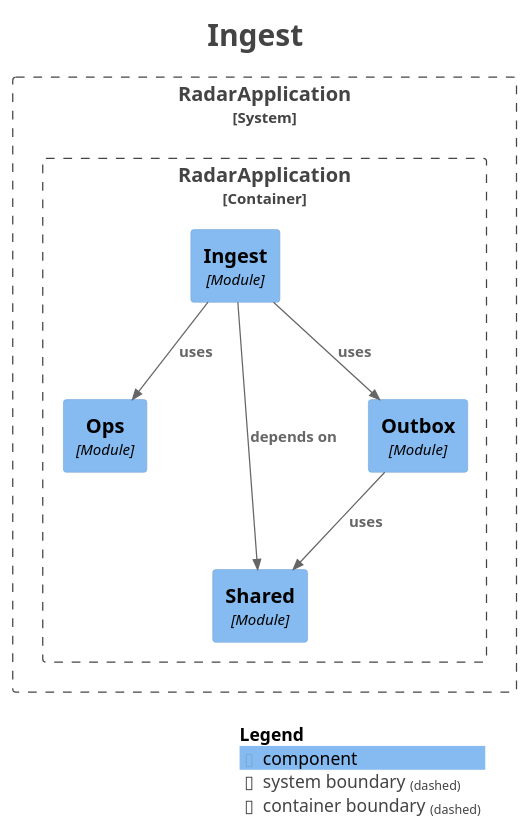
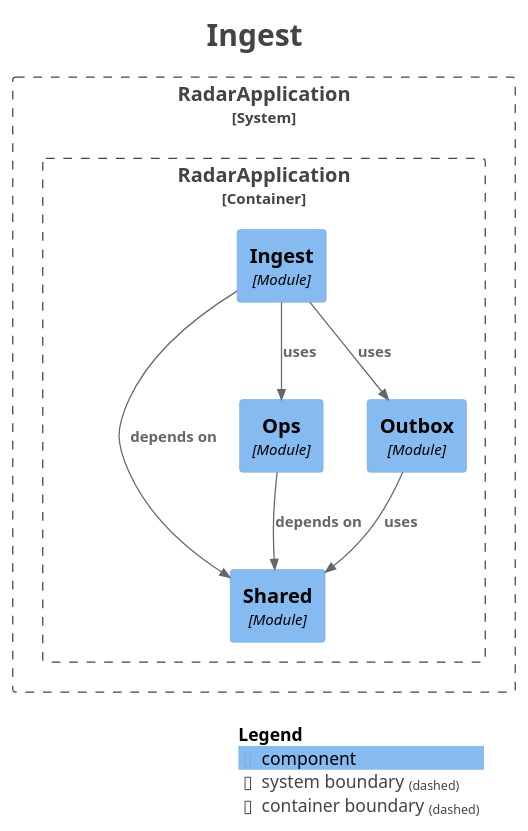
One commit to MiguelSanzBr/radar-licitacoes changed the diagram in docs/modules/module-ingest.puml. Above: the diagram before and after it, drawn with PlantUML. The commit also changed 65 other files, not shown here.

Commit message:
feat(contracts): avro schemas and apicurio

```diff
--- a/docs/modules/module-ingest.puml
+++ b/docs/modules/module-ingest.puml
@@ -1,35 +1,36 @@
 @startuml
 title <size:24>Ingest</size>
 
 set separator none
 top to bottom direction
 
 <style>
   root {
     BackgroundColor: #ffffff
     FontColor: #444444
   }
 </style>
 
 !include <C4/C4>
 !include <C4/C4_Context>
 !include <C4/C4_Component>
 
 System_Boundary("RadarApplication_boundary", "RadarApplication", $tags="") {
   Container_Boundary("RadarApplication.RadarApplication_boundary", "RadarApplication", $tags="") {
     Component(RadarApplication.RadarApplication.Ingest, "Ingest", $techn="Module", $descr="", $tags="", $link="")
+    Component(RadarApplication.RadarApplication.Shared, "Shared", $techn="Module", $descr="", $tags="", $link="")
     Component(RadarApplication.RadarApplication.Ops, "Ops", $techn="Module", $descr="", $tags="", $link="")
-    Component(RadarApplication.RadarApplication.Shared, "Shared", $techn="Module", $descr="", $tags="", $link="")
     Component(RadarApplication.RadarApplication.Outbox, "Outbox", $techn="Module", $descr="", $tags="", $link="")
   }
 
 }
 
-Rel(RadarApplication.RadarApplication.Outbox, RadarApplication.RadarApplication.Shared, "uses", $techn="", $tags="", $link="")
 Rel(RadarApplication.RadarApplication.Ingest, RadarApplication.RadarApplication.Shared, "depends on", $techn="", $tags="", $link="")
 Rel(RadarApplication.RadarApplication.Ingest, RadarApplication.RadarApplication.Ops, "uses", $techn="", $tags="", $link="")
 Rel(RadarApplication.RadarApplication.Ingest, RadarApplication.RadarApplication.Outbox, "uses", $techn="", $tags="", $link="")
+Rel(RadarApplication.RadarApplication.Ops, RadarApplication.RadarApplication.Shared, "depends on", $techn="", $tags="", $link="")
+Rel(RadarApplication.RadarApplication.Outbox, RadarApplication.RadarApplication.Shared, "uses", $techn="", $tags="", $link="")
 
 SHOW_LEGEND(true)
 hide stereotypes
 @enduml
```
